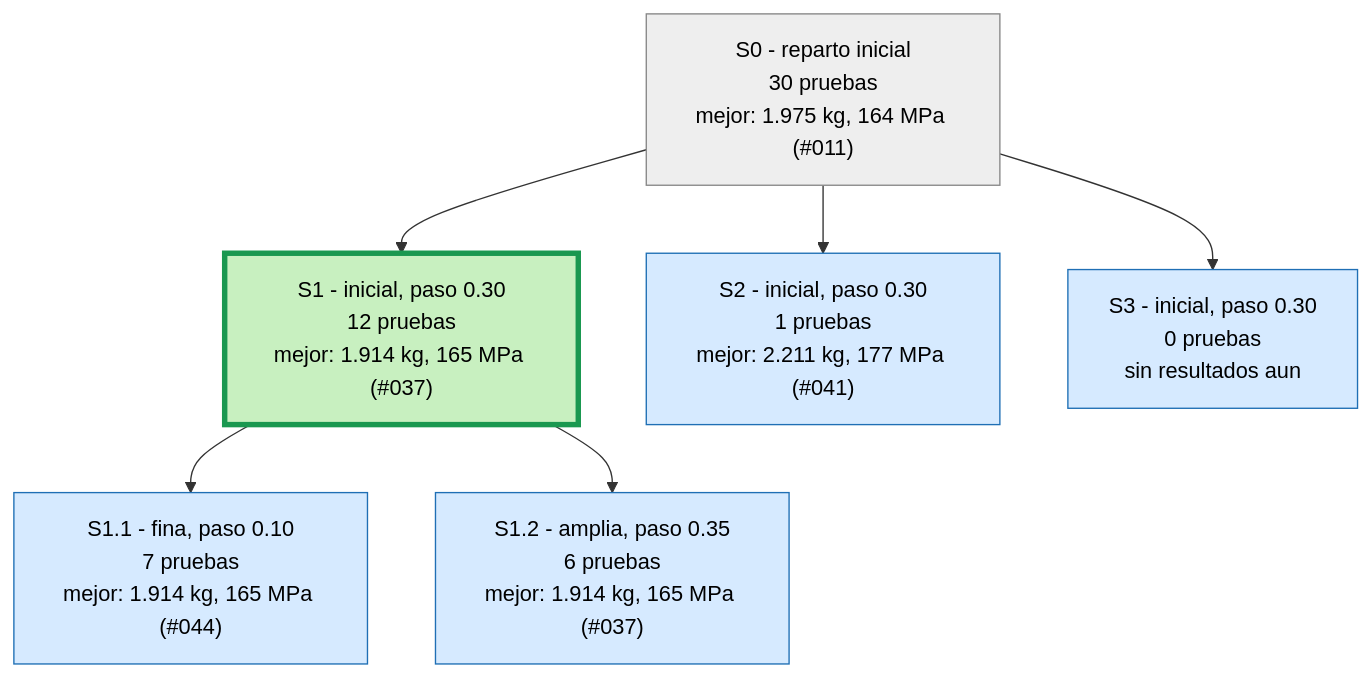
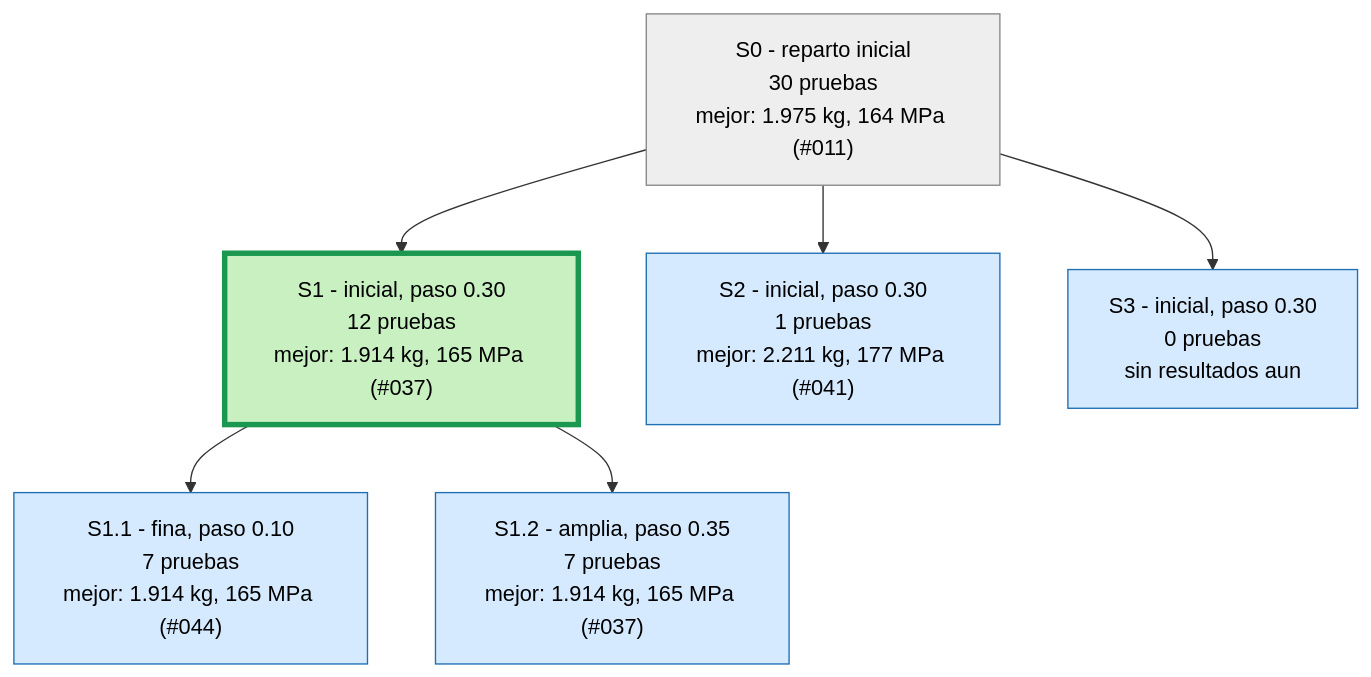
One commit to Hugiko/msd-soporte-optimizacion changed the first of 4 diagrams in runs/opt_37800N/ARBOL.md. Above: the diagram before and after it, drawn with Mermaid. The commit also changed 15 other files, not shown here.

````diff
--- a/runs/opt_37800N/ARBOL.md
+++ b/runs/opt_37800N/ARBOL.md
@@ -9,17 +9,17 @@
 ```mermaid
 graph TD
 classDef activa fill:#d6eaff,stroke:#1f6fb5,color:#000
 classDef fin fill:#eeeeee,stroke:#888,color:#000
 classDef mejor fill:#c8f0c0,stroke:#1a9850,stroke-width:4px,color:#000
 S0["S0 - reparto inicial<br/>30 pruebas<br/>mejor: 1.975 kg, 164 MPa (#011)"]:::fin
 S1["S1 - inicial, paso 0.30<br/>12 pruebas<br/>mejor: 1.914 kg, 165 MPa (#037)"]:::mejor
 S0 --> S1
 S2["S2 - inicial, paso 0.30<br/>1 pruebas<br/>mejor: 2.211 kg, 177 MPa (#041)"]:::activa
 S0 --> S2
 S3["S3 - inicial, paso 0.30<br/>0 pruebas<br/>sin resultados aun"]:::activa
 S0 --> S3
 S1_1["S1.1 - fina, paso 0.10<br/>7 pruebas<br/>mejor: 1.914 kg, 165 MPa (#044)"]:::activa
 S1 --> S1_1
-S1_2["S1.2 - amplia, paso 0.35<br/>6 pruebas<br/>mejor: 1.914 kg, 165 MPa (#037)"]:::activa
+S1_2["S1.2 - amplia, paso 0.35<br/>7 pruebas<br/>mejor: 1.914 kg, 165 MPa (#037)"]:::activa
 S1 --> S1_2
 ```
````
